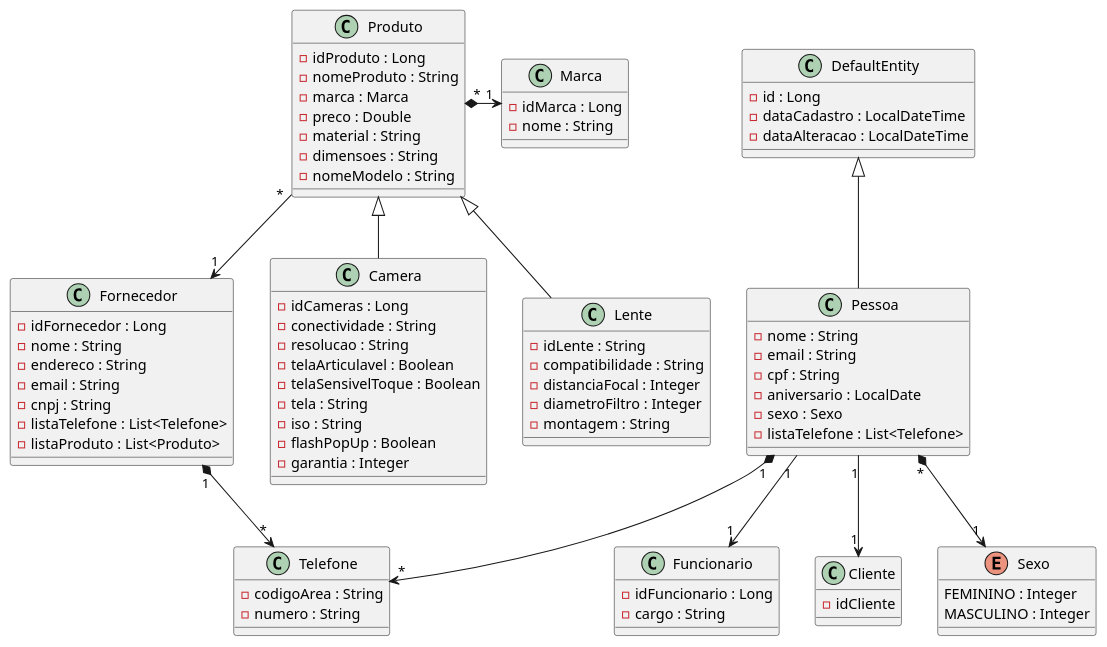
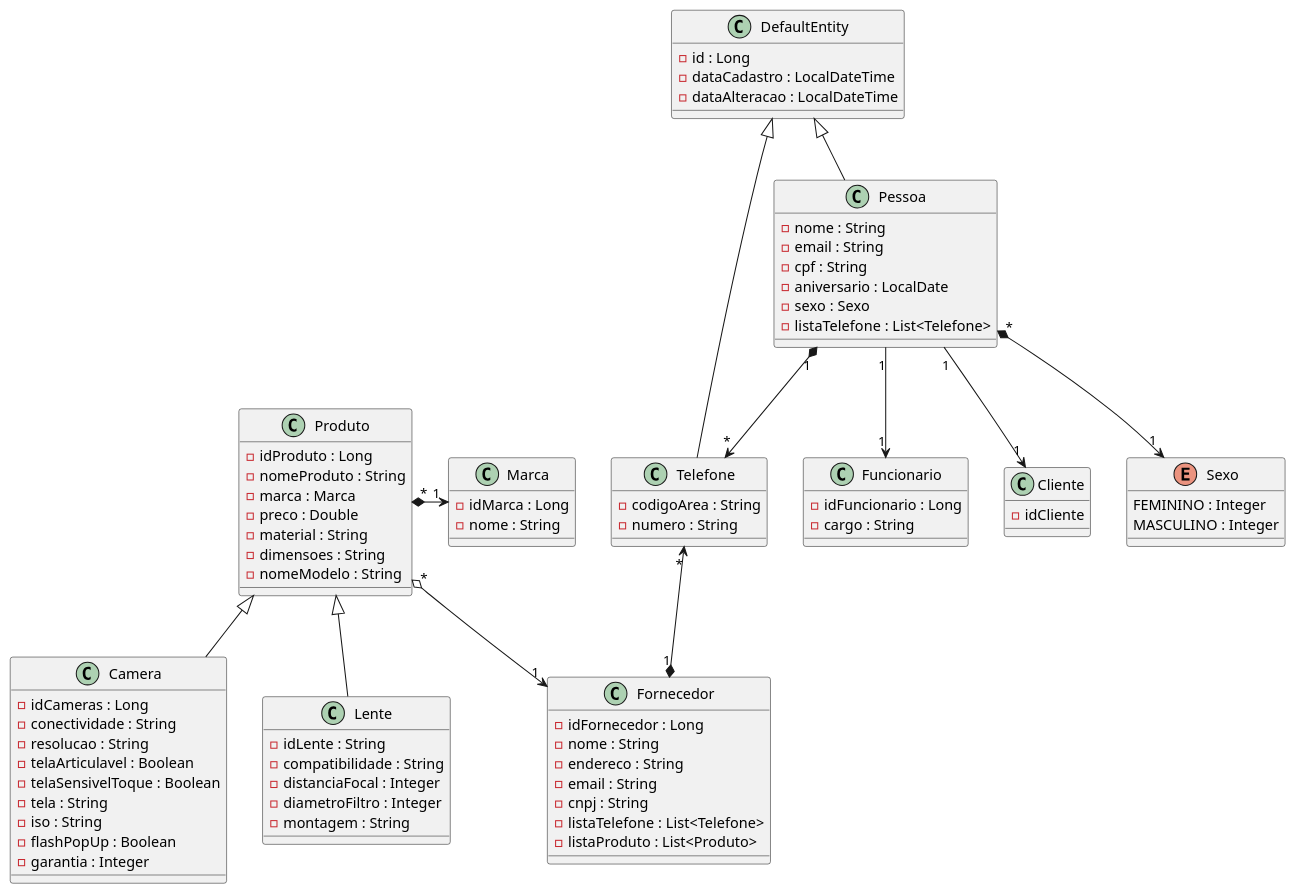
One commit to HugoValuar03/ecommerce changed the diagram in src/main/java/br/unitins/topicos1/UML/modelo.plantuml. Above: the diagram before and after it, drawn with PlantUML. The commit also changed 16 other files, not shown here.

```diff
--- a/src/main/java/br/unitins/topicos1/UML/modelo.plantuml
+++ b/src/main/java/br/unitins/topicos1/UML/modelo.plantuml
@@ -1,98 +1,99 @@
 @startuml ecommerce
 class Pessoa{
   - nome : String
   - email : String
   - cpf : String
   - aniversario : LocalDate
   - sexo : Sexo
   - listaTelefone : List<Telefone>
 }
 
 class Funcionario{
   - idFuncionario : Long
   - cargo : String 
 }
 
 class Cliente{
   - idCliente
 }
 
 
 Enum Sexo{
   FEMININO : Integer
   MASCULINO : Integer
 }
 
 
 class Fornecedor{
   - idFornecedor : Long
   - nome : String
   - endereco : String 
   - email : String
   - cnpj : String
   - listaTelefone : List<Telefone>
   - listaProduto : List<Produto>
 }
 
 
 class Produto{
   - idProduto : Long
   - nomeProduto : String
   - marca : Marca
   - preco : Double
   - material : String
   - dimensoes : String
   - nomeModelo : String
 }
 
 class Camera{
   - idCameras : Long
   - conectividade : String
   - resolucao : String
   - telaArticulavel : Boolean
   - telaSensivelToque : Boolean
   - tela : String
   - iso : String
   - flashPopUp : Boolean
   - garantia : Integer
 }
 
 class Marca{
   - idMarca : Long
   - nome : String
 }
 
 
 class Lente{
   - idLente : String
   - compatibilidade : String
   - distanciaFocal : Integer
   - diametroFiltro : Integer
   - montagem : String
 }
 
 class DefaultEntity{
   - id : Long
   - dataCadastro : LocalDateTime
   - dataAlteracao : LocalDateTime
 }
 
 class Telefone{
   - codigoArea : String
   - numero : String
 }
 
 Pessoa "1" *--> "*" Telefone
 Pessoa "1" --> "1" Funcionario
 Pessoa "1" --> "1" Cliente
 Pessoa "*" *--> "1" Sexo
+DefaultEntity <|-- Telefone
 
 Pessoa -up-|> DefaultEntity 
 
 Marca "1" <-left-* "*" Produto
 
-Fornecedor "1" *--> "*" Telefone
-Produto "*" --> "1" Fornecedor
+Fornecedor "1" *-up-> "*" Telefone
+Produto "*" o--> "1" Fornecedor
 Produto <|-- Camera
 Produto <|-- Lente
 @enduml
```
